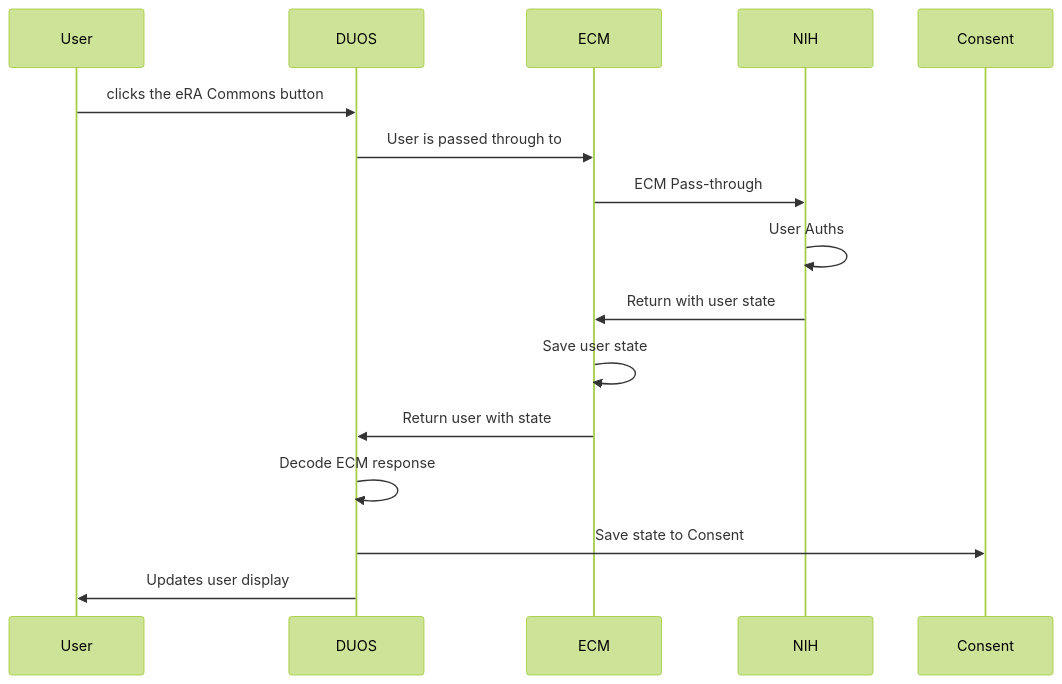
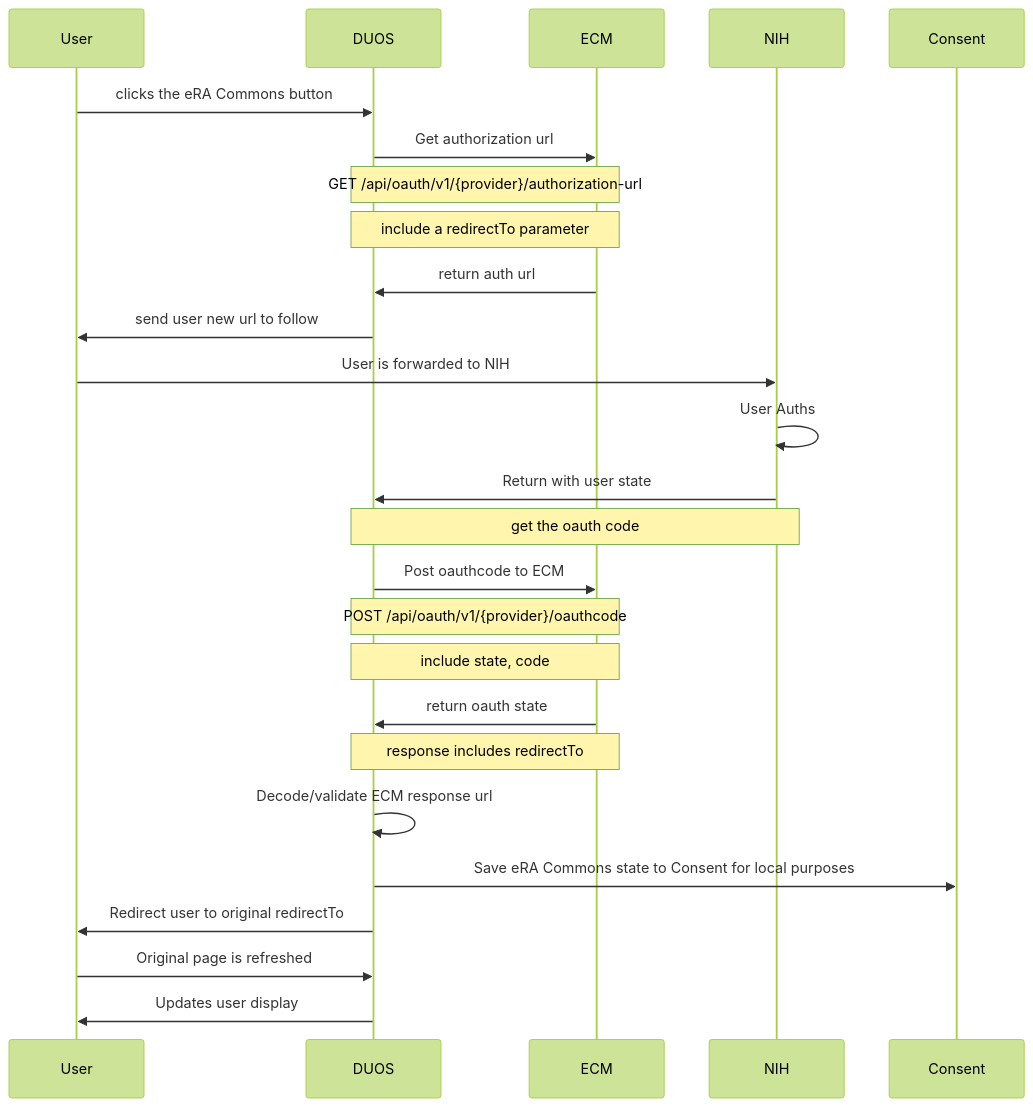
Before and after one commit to DataBiosphere/duos-ui: the diagram in docs/eRA_Commons.md, drawn with Mermaid.

Commit message:
feat: doc updates

````diff
--- a/docs/eRA_Commons.md
+++ b/docs/eRA_Commons.md
@@ -11,14 +11,24 @@
 ```mermaid
 %%{init: { 'theme': 'forest' } }%%
 sequenceDiagram
     User ->> DUOS: clicks the eRA Commons button
-    DUOS ->> ECM: User is passed through to
-    ECM ->> NIH: ECM Pass-through 
+    DUOS ->> ECM: Get authorization url
+    Note over DUOS, ECM: GET /api/oauth/v1/{provider}/authorization-url
+    Note over DUOS, ECM: include a redirectTo parameter
+    ECM ->> DUOS: return auth url
+    DUOS ->> User: send user new url to follow
+    User ->> NIH: User is forwarded to NIH
     NIH ->> NIH: User Auths
-    NIH ->> ECM: Return with user state
-    ECM ->> ECM: Save user state
-    ECM ->> DUOS: Return user with state
-    DUOS ->> DUOS: Decode ECM response
-    DUOS ->> Consent: Save state to Consent
+    NIH ->> DUOS: Return with user state
+    Note over DUOS, NIH: get the oauth code
+    DUOS ->> ECM: Post oauthcode to ECM
+    Note over DUOS, ECM: POST /api/oauth/v1/{provider}/oauthcode
+    Note over DUOS, ECM: include state, code
+    ECM ->> DUOS: return oauth state
+    Note over ECM, DUOS: response includes redirectTo
+    DUOS ->> DUOS: Decode/validate ECM response url
+    DUOS ->> Consent: Save eRA Commons state to Consent for local purposes
+    DUOS ->> User: Redirect user to original redirectTo
+    User ->> DUOS: Original page is refreshed
     DUOS ->> User: Updates user display
 ```
````
